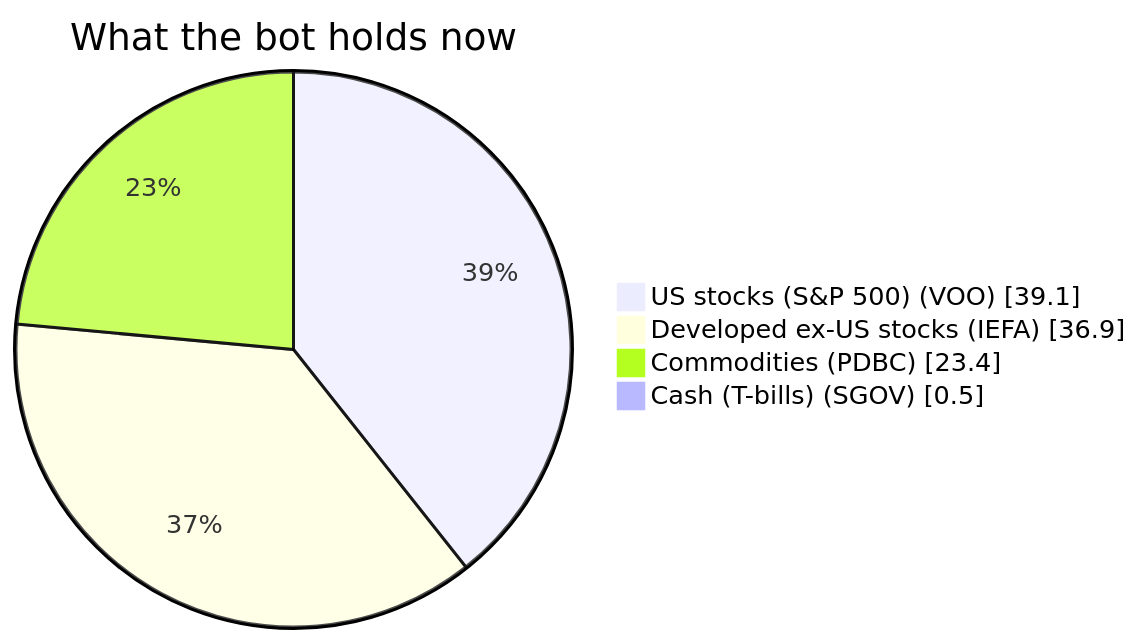
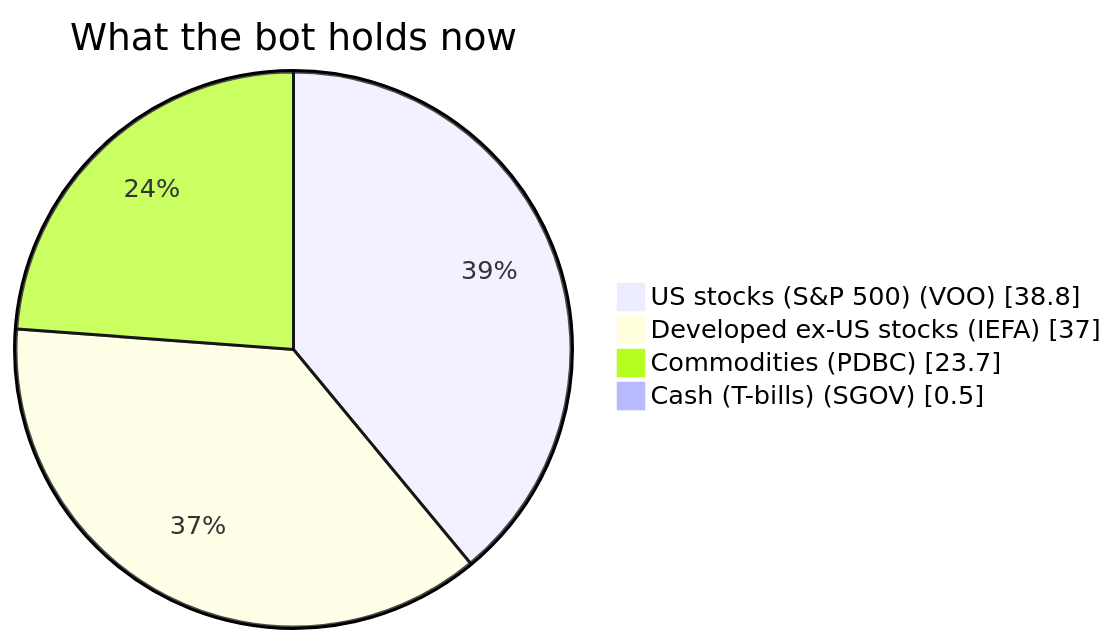
One commit to owlpowell50-creator/trading-bot changed the first of 2 diagrams in 00 - Bot Dashboard.md. Above: the diagram before and after it, drawn with Mermaid. The commit also changed other lines of this file and 9 other files, not shown here.

````diff
--- a/00 - Bot Dashboard.md
+++ b/00 - Bot Dashboard.md
@@ -43,7 +43,7 @@
 ```mermaid
 pie showData title What the bot holds now
-    "US stocks (S&P 500) (VOO)" : 39.1
-    "Developed ex-US stocks (IEFA)" : 36.9
-    "Commodities (PDBC)" : 23.4
+    "US stocks (S&P 500) (VOO)" : 38.8
+    "Developed ex-US stocks (IEFA)" : 37.0
+    "Commodities (PDBC)" : 23.7
     "Cash (T-bills) (SGOV)" : 0.5
 ```
````
